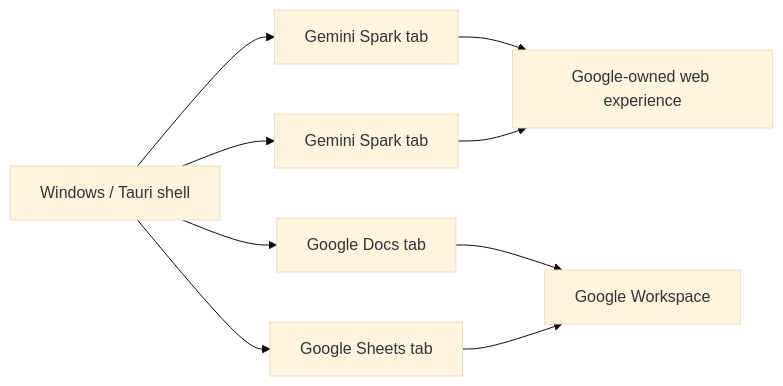
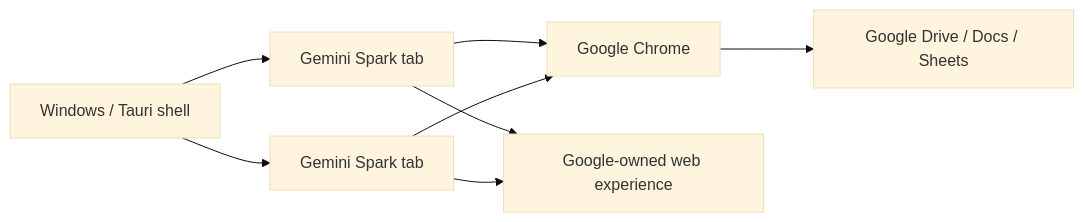
The diagram in README.md (sufyanaser/Spark-Desktop), drawn with Mermaid (base theme) before and after one commit. The commit also changed other lines of this file and 8 other files, not shown here.

Commit message:
fix: open Google Workspace links in Chrome

````diff
--- a/README.md
+++ b/README.md
@@ -37,11 +37,10 @@
 ```mermaid
 flowchart LR
     A[Windows / Tauri shell] --> B[Gemini Spark tab]
     A --> C[Gemini Spark tab]
-    A --> D[Google Docs tab]
-    A --> E[Google Sheets tab]
+    B --> D[Google Chrome]
+    C --> D
     B --> F[Google-owned web experience]
     C --> F
-    D --> G[Google Workspace]
-    E --> G
+    D --> G[Google Drive / Docs / Sheets]
 ```
````
